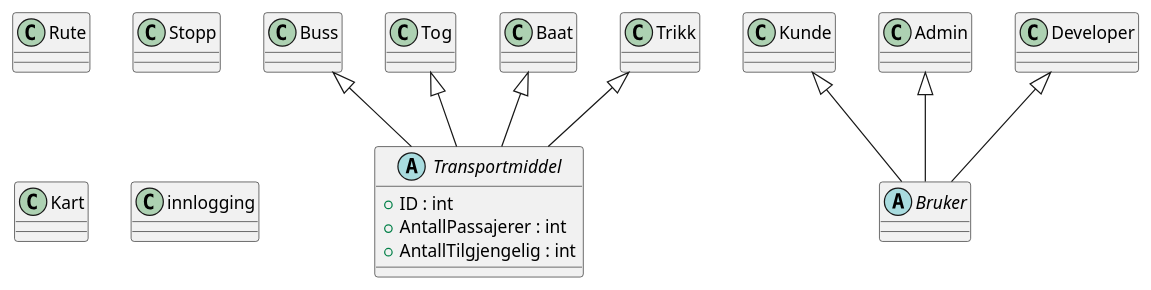
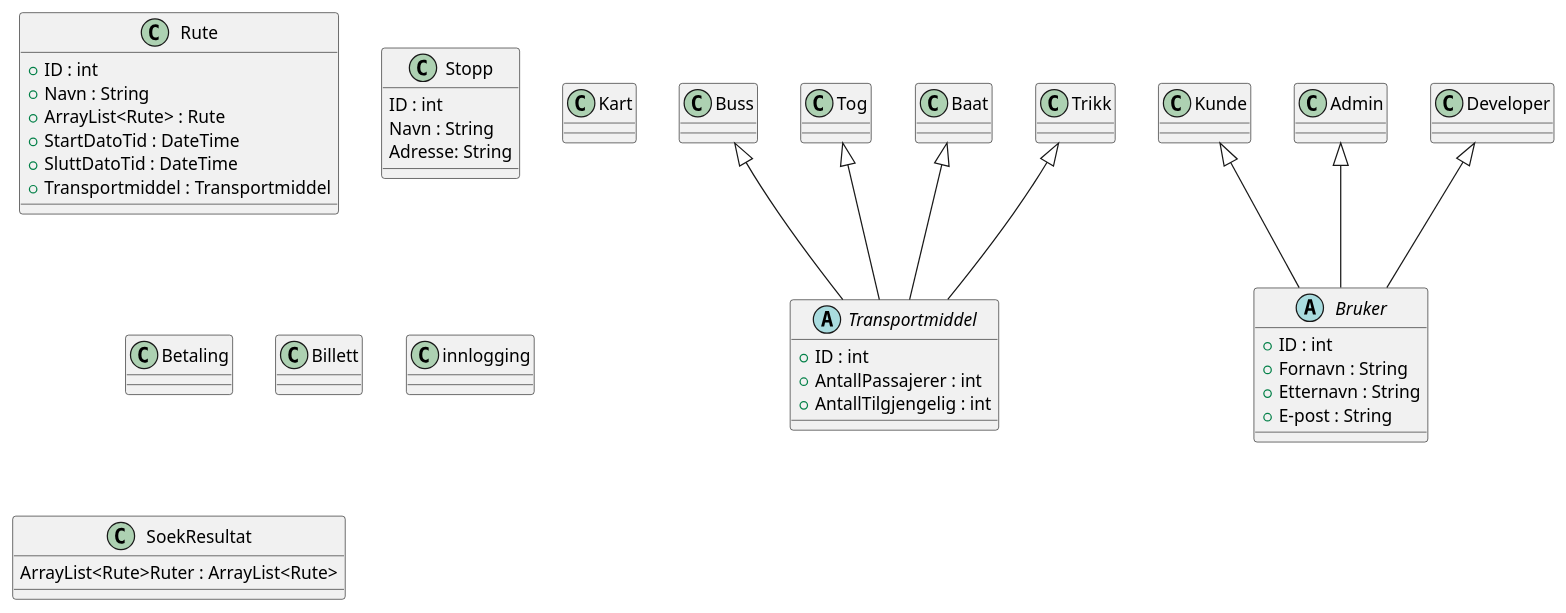
Before and after one commit to Gruppe12/Lambda: the diagram in Modellering/src/Classes.puml, drawn with PlantUML.

```diff
--- a/Modellering/src/Classes.puml
+++ b/Modellering/src/Classes.puml
@@ -1,75 +1,97 @@
 @startuml
 'https://plantuml.com/class-diagram
 
 abstract class Transportmiddel {
     + ID : int
     + AntallPassajerer : int
     + AntallTilgjengelig : int
 }
 
 Buss <|-- Transportmiddel
 Tog <|-- Transportmiddel
 Baat <|-- Transportmiddel
 Trikk <|-- Transportmiddel
 
 class Buss {
 }
 class Tog {
 }
 class Baat {
 }
 class Trikk {
 }
 
 '--------------------------'
 abstract class Bruker {
+    + ID : int
+    + Fornavn : String
+    + Etternavn : String
+    + E-post : String
 }
 
 Kunde <|-- Bruker
 Admin <|-- Bruker
 Developer <|-- Bruker
 
 class Kunde {
 }
 class Admin {
 }
 class Developer {
 }
 
 '--------------------------'
 
 class Rute {
+    + ID : int
+    + Navn : String
+    + ArrayList<Rute> : Rute
+    + StartDatoTid : DateTime
+    + SluttDatoTid : DateTime
+    + Transportmiddel : Transportmiddel
 }
 class Stopp {
+    ID : int
+    Navn : String
+    Adresse: String
 }
 class Kart {
 }
 
 '--------------------------'
 
+class Betaling {
+}
+class Billett {
+}
 class innlogging {
+}
+
+'--------------------------'
+class SoekResultat {
+    ArrayList<Rute>Ruter : ArrayList<Rute>
 }
 
 'Eksempler'
 /'interface List
 interface Collection
 
 List <|-- AbstractList
 Collection <|-- AbstractCollection
 
 Collection <|- List
 AbstractCollection <|- AbstractList
 AbstractList <|-- ArrayList
 
 class ArrayList {
 Object[] elementData
 size()
 }
 
 enum TimeUnit {
 DAYS
 HOURS
 MINUTES
 }'/
 
 @enduml
```
